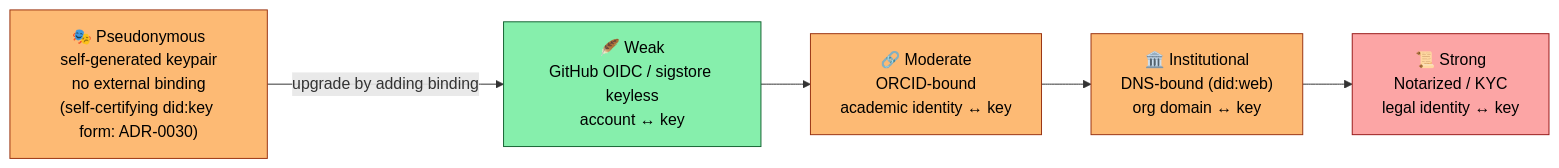
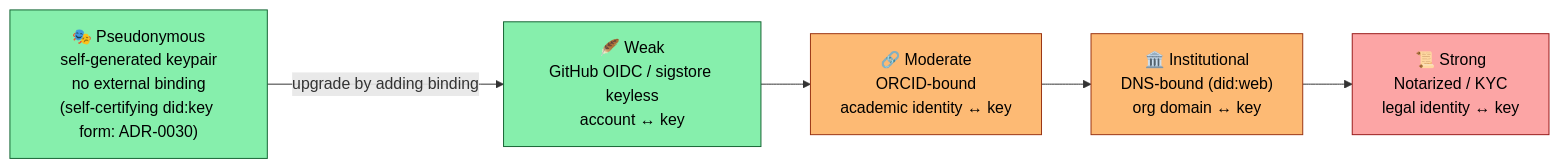
One commit to npstorey/civic-ai-tools changed the fourth of 8 diagrams in docs/architecture/end-state-vision.md. Above: the diagram before and after it, drawn with Mermaid. The commit also changed other lines of this file, not shown here.

Commit message:
End-state vision: the two N14 items move from designed to built
The identity ladder's pseudonymous node (the self-certifying did:key form,
ADR-0030) and the Producer Profile glossary's scripted-recomputation entry
(ADR-0029) now read built: verify-core and produce-core implement them
(typedstandards PRs #79-#81). Nothing else in the document changes; the
DIDs (did:web, did:plc) node stays as it is.

Refs npstorey/typedstandards#77

Claude-Session: https://claude.ai/code/session_01XDqq5SwEaQLv7Nro9eeApL

````diff
--- a/docs/architecture/end-state-vision.md
+++ b/docs/architecture/end-state-vision.md
@@ -232,18 +232,18 @@
 ```mermaid
 flowchart LR
-    P["🎭 Pseudonymous<br/>self-generated keypair<br/>no external binding<br/>(self-certifying did:key form: ADR-0030)"]:::designed
+    P["🎭 Pseudonymous<br/>self-generated keypair<br/>no external binding<br/>(self-certifying did:key form: ADR-0030)"]:::built
     W["🪶 Weak<br/>GitHub OIDC / sigstore keyless<br/>account ↔ key"]:::built
     M["🔗 Moderate<br/>ORCID-bound<br/>academic identity ↔ key"]:::designed
     I["🏛️ Institutional<br/>DNS-bound (did:web)<br/>org domain ↔ key"]:::designed
     S["📜 Strong<br/>Notarized / KYC<br/>legal identity ↔ key"]:::speculative
 
     P -->|"upgrade by adding binding"| W
     W --> M
     M --> I
     I --> S
 
     classDef built fill:#86efac,stroke:#166534,color:#000
     classDef partial fill:#fde68a,stroke:#92400e,color:#000
     classDef designed fill:#fdba74,stroke:#9a3412,color:#000
     classDef speculative fill:#fca5a5,stroke:#991b1b,color:#000
 ```
````
